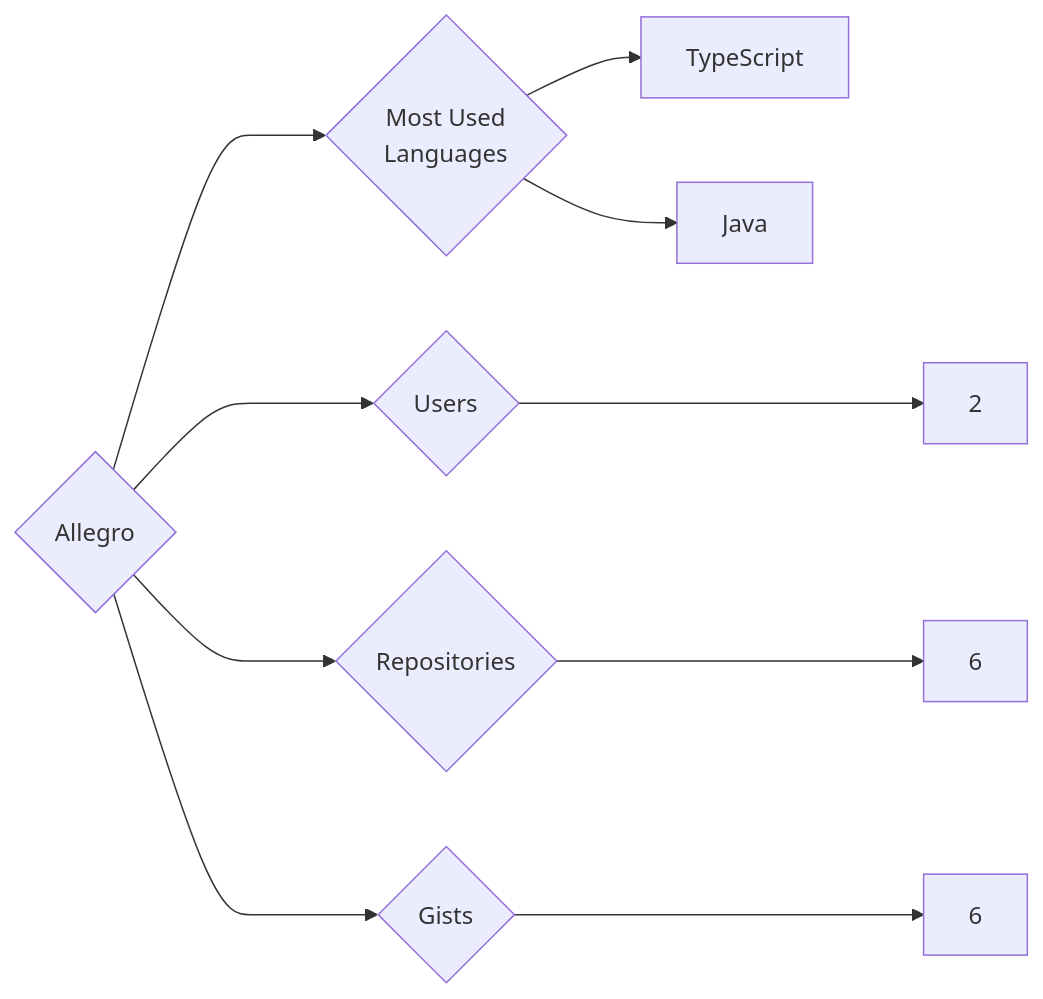
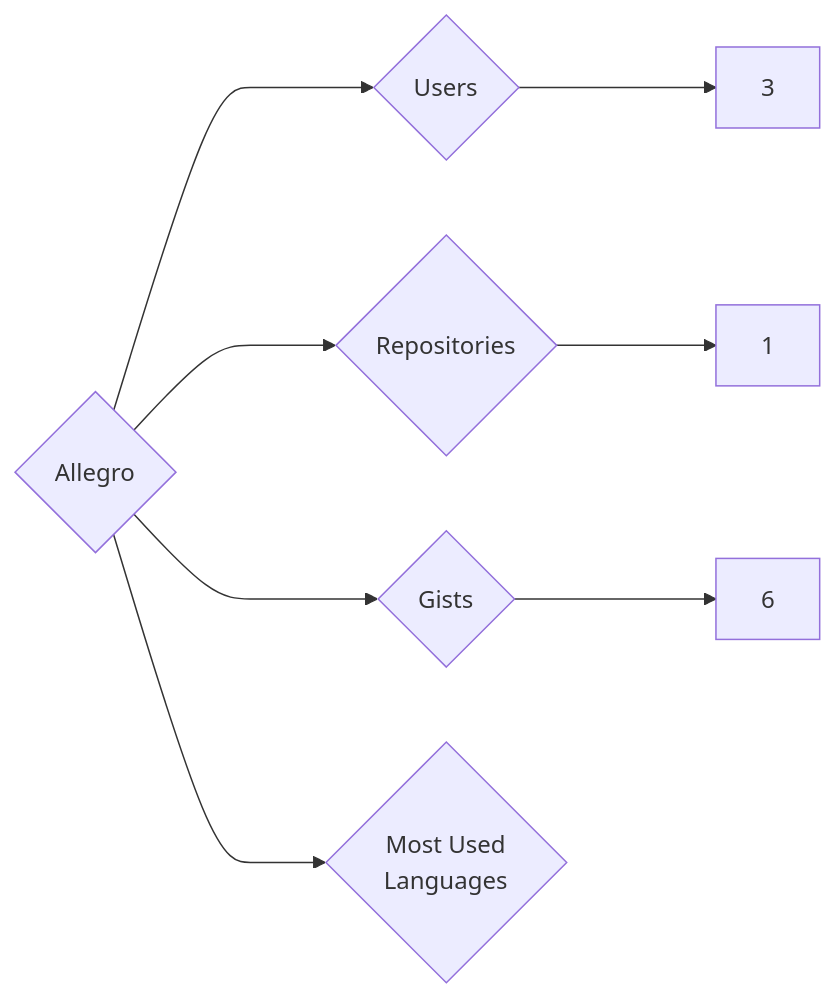
Before and after one commit to trickest/insiders: the diagram in targets/Allegro/README.md, drawn with Mermaid. The commit also changed 857 other files, not shown here.

````diff
--- a/targets/Allegro/README.md
+++ b/targets/Allegro/README.md
@@ -3,10 +3,8 @@
 ```mermaid
 graph LR
 COMPANY_NAME{Allegro}
-COMPANY_NAME ---> U{Users} ---> UN[2]
-COMPANY_NAME ---> R{Repositories} ---> RN[6]
+COMPANY_NAME ---> U{Users} ---> UN[3]
+COMPANY_NAME ---> R{Repositories} ---> RN[1]
 COMPANY_NAME ---> G{Gists} ---> GN[6]
 COMPANY_NAME ---> ML{Most Used<br>Languages}
-ML --> TypeScript[TypeScript]
-ML --> Java[Java]
 ```
````
